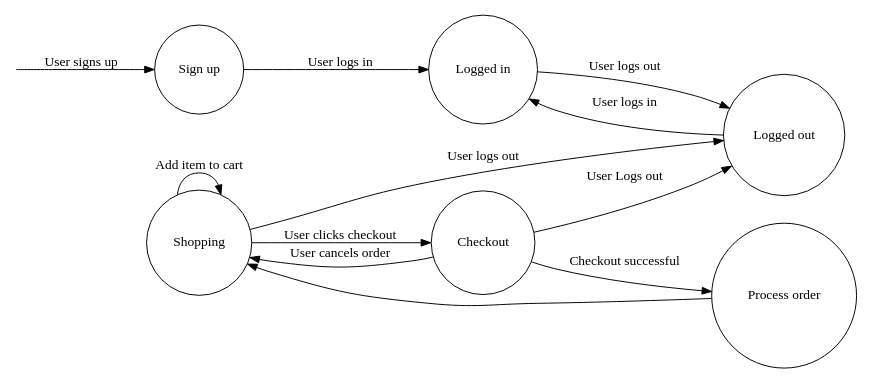
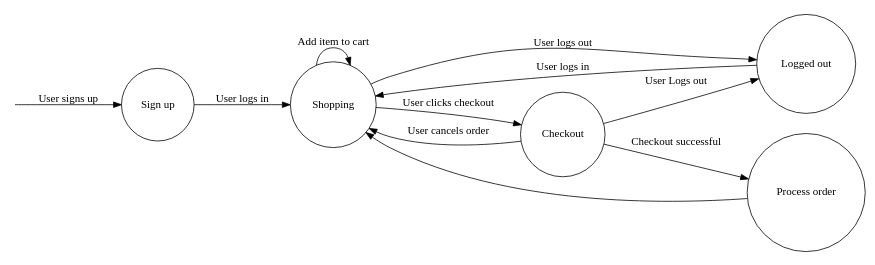
One commit to Arunscape/ECE322 changed the diagram in assignments/Assignment2/eshopping.dot. Above: the diagram before and after it, drawn with Graphviz. The commit also changed 3 other files, not shown here.

```diff
--- a/assignments/Assignment2/eshopping.dot
+++ b/assignments/Assignment2/eshopping.dot
@@ -1,20 +1,19 @@
 digraph eshopping {
 rankdir=LR;
 size="8,5"
 // node [shape = doublecircle];
 node [shape = circle];
 begin [label= "", shape=none,height=.0,width=.0];
 begin -> "Sign up" [label = "User signs up"];
-"Sign up" -> "Logged in" [label = "User logs in"];
-"Logged out" -> "Logged in" [ label = "User logs in" ];
-"Logged in" -> "Logged out" [label = "User logs out"];
+"Sign up" -> "Shopping" [label = "User logs in"];
+"Logged out" -> Shopping [ label = "User logs in" ];
 Shopping -> Shopping [label = "Add item to cart"];
 Shopping -> Checkout [label = "User clicks checkout"];
 Shopping -> "Logged out" [label = "User logs out"];
 Checkout -> Shopping [label = "User cancels order"];
 Checkout -> "Logged out" [label = "User Logs out"];
 Checkout -> "Process order" [label = "Checkout successful"];
 "Process order" -> "Shopping";
 
 
 }
```
